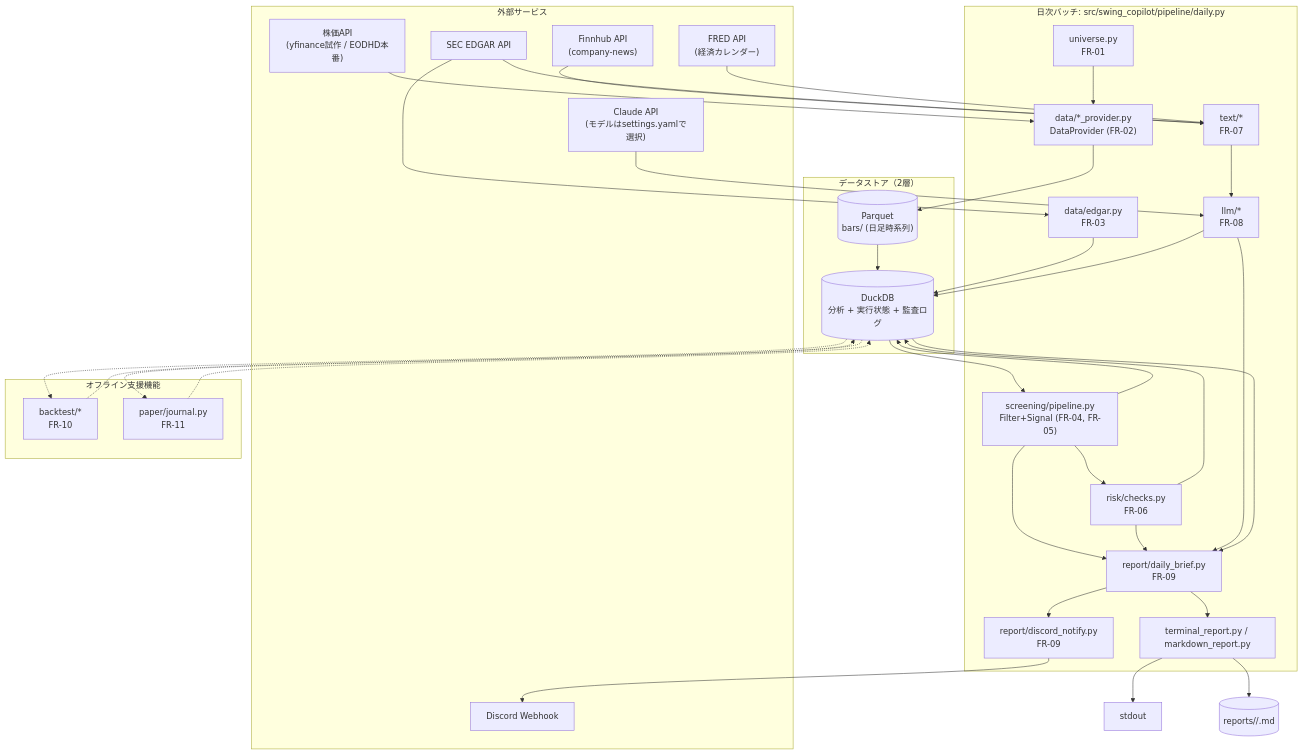
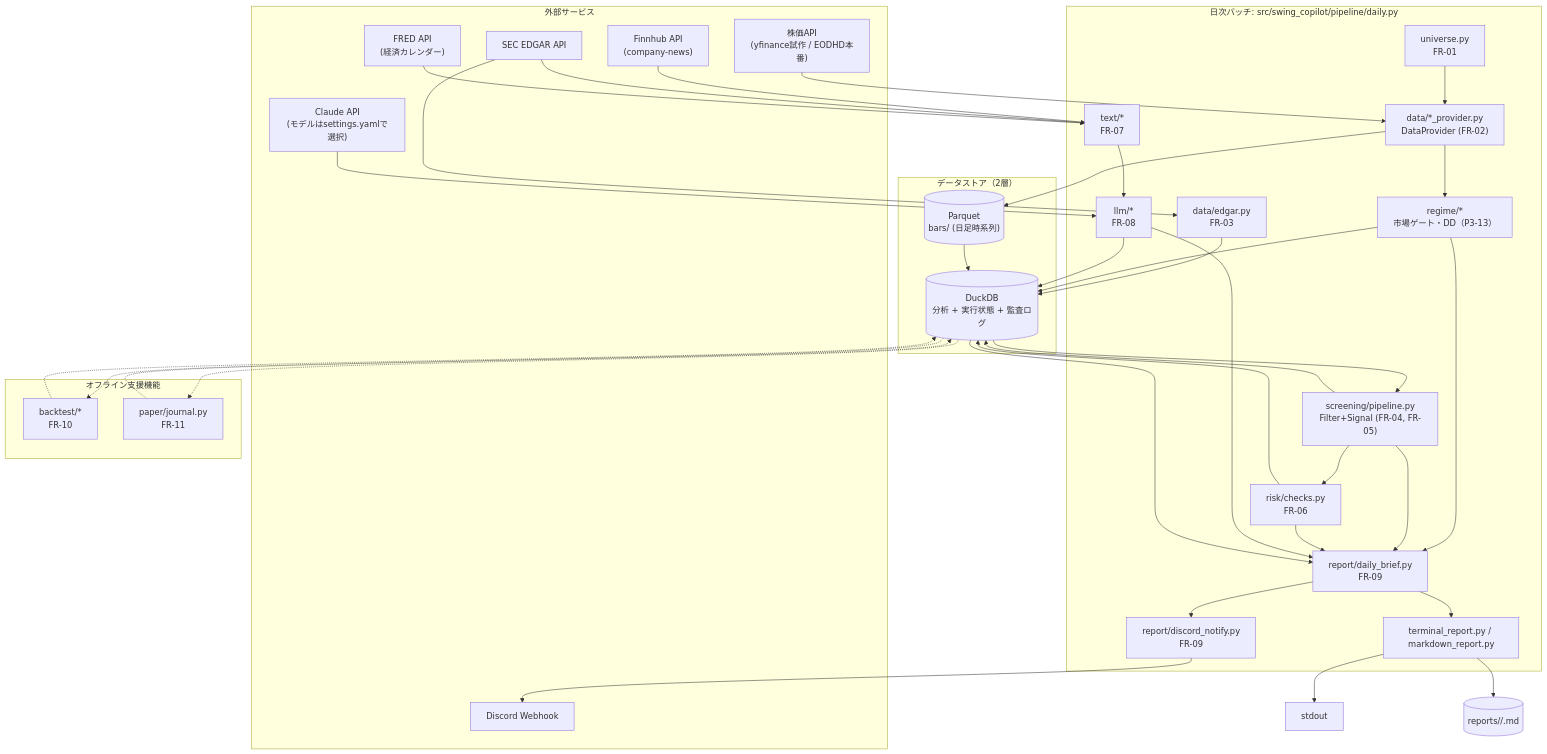
One commit to tomada1114/swing-copilot changed the first of 2 diagrams in docs/03_basic_design.md. Above: the diagram before and after it, drawn with Mermaid. The commit also changed other lines of this file and 36 other files, not shown here.

````diff
--- a/docs/03_basic_design.md
+++ b/docs/03_basic_design.md
@@ -35,65 +35,69 @@
 ```mermaid
 flowchart TD
     subgraph External["外部サービス"]
         YF["株価API<br/>(yfinance試作 / EODHD本番)"]
         EDGARAPI["SEC EDGAR API"]
         FH["Finnhub API<br/>(company-news)"]
         FRED["FRED API<br/>(経済カレンダー)"]
         CLAUDE["Claude API<br/>(モデルはsettings.yamlで選択)"]
         DISCORD["Discord Webhook"]
     end
 
     subgraph Batch["日次バッチ: src/swing_copilot/pipeline/daily.py"]
         UNIV["universe.py<br/>FR-01"]
         DP["data/*_provider.py<br/>DataProvider (FR-02)"]
         EDG["data/edgar.py<br/>FR-03"]
         SCR["screening/pipeline.py<br/>Filter+Signal (FR-04, FR-05)"]
+        REG["regime/*<br/>市場ゲート・DD（P3-13）"]
         RISK["risk/checks.py<br/>FR-06"]
         TXT["text/*<br/>FR-07"]
         LLM["llm/*<br/>FR-08"]
         BRIEF["report/daily_brief.py<br/>FR-09"]
         OUT["terminal_report.py / markdown_report.py"]
         NOTIFY["report/discord_notify.py<br/>FR-09"]
     end
 
     subgraph Offline["オフライン支援機能"]
         BT["backtest/*<br/>FR-10"]
         PAPER["paper/journal.py<br/>FR-11"]
     end
 
     subgraph Storage["データストア（2層）"]
         PARQUET[("Parquet<br/>bars/ (日足時系列)")]
         DUCKDB[("DuckDB<br/>分析 + 実行状態 + 監査ログ")]
     end
 
     UNIV --> DP
     YF --> DP
     DP --> PARQUET
     PARQUET --> DUCKDB
     EDGARAPI --> EDG
     EDG --> DUCKDB
     DUCKDB --> SCR
     SCR --> DUCKDB
     SCR --> RISK
+    DP --> REG
+    REG --> DUCKDB
+    REG --> BRIEF
     RISK --> DUCKDB
     FH --> TXT
     EDGARAPI --> TXT
     FRED --> TXT
     TXT --> LLM
     CLAUDE --> LLM
     LLM --> DUCKDB
     SCR --> BRIEF
     RISK --> BRIEF
     LLM --> BRIEF
     DUCKDB --> BRIEF
     BRIEF --> OUT
     OUT --> STDOUT["stdout"]
     OUT --> MDOUT[("reports/<date>/<run_id>.md")]
     BRIEF --> NOTIFY
     NOTIFY --> DISCORD
 
     DUCKDB -.-> BT
     BT -.-> DUCKDB
     DUCKDB -.-> PAPER
     PAPER -.-> DUCKDB
 ```
````
